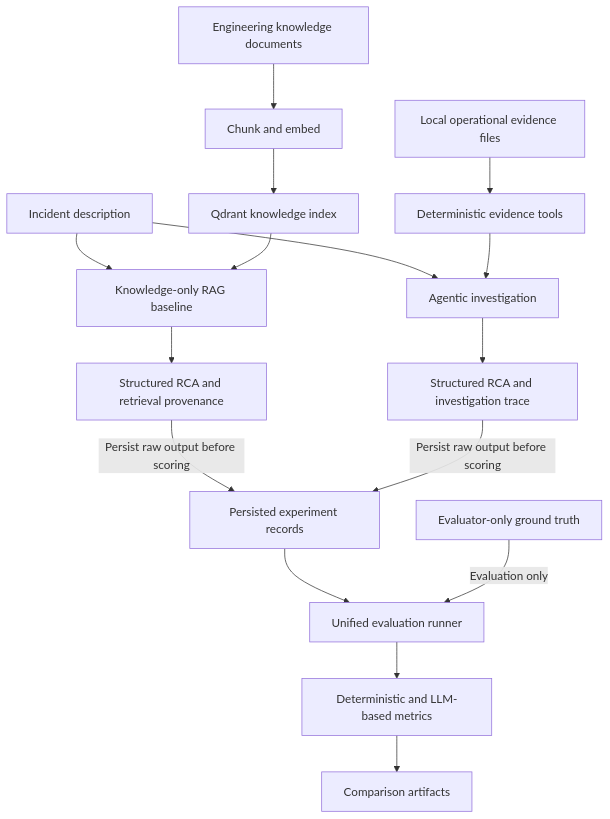
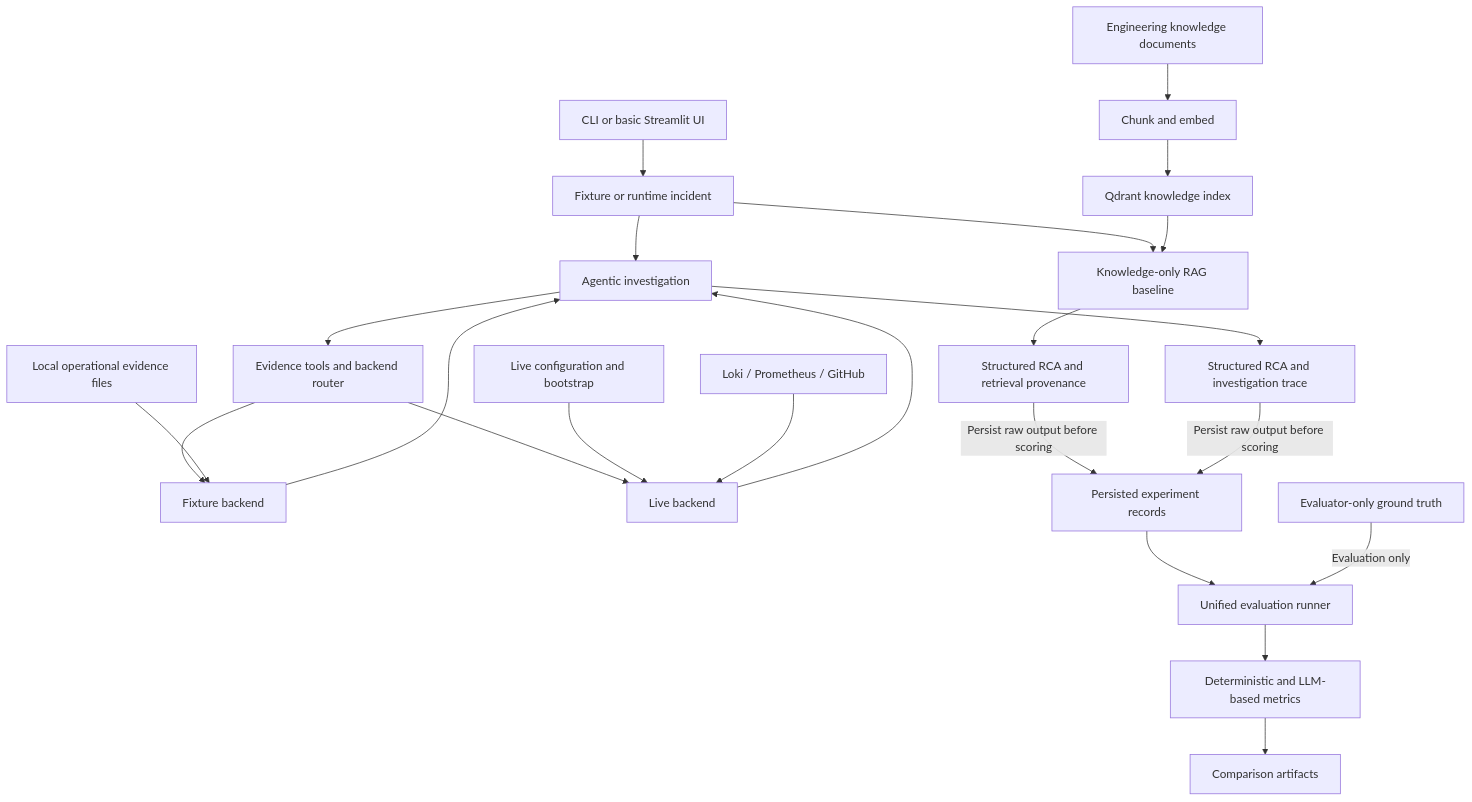
The first of 3 diagrams in docs/ARCHITECTURE.md (gaganjawa/traceroot), drawn with Mermaid before and after one commit. The commit also changed other lines of this file and 4 other files, not shown here.

````diff
--- a/docs/ARCHITECTURE.md
+++ b/docs/ARCHITECTURE.md
@@ -13,18 +13,25 @@
 ```mermaid
 flowchart TB
-    I[Incident description] --> R[Knowledge-only RAG baseline]
+    U[CLI or basic Streamlit UI] --> I[Fixture or runtime incident]
+    I --> R[Knowledge-only RAG baseline]
     I --> A[Agentic investigation]
     K[Engineering knowledge documents] --> C[Chunk and embed]
     C --> Q[Qdrant knowledge index]
     Q --> R
-    E[Local operational evidence files] --> T[Deterministic evidence tools]
-    T --> A
+    A --> T[Evidence tools and backend router]
+    T --> F[Fixture backend]
+    T --> L[Live backend]
+    E[Local operational evidence files] --> F
+    Cfg[Live configuration and bootstrap] --> L
+    Src[Loki / Prometheus / GitHub] --> L
+    F --> A
+    L --> A
     R --> RR[Structured RCA and retrieval provenance]
     A --> AR[Structured RCA and investigation trace]
     RR -->|Persist raw output before scoring| P[Persisted experiment records]
     AR -->|Persist raw output before scoring| P
     P --> V[Unified evaluation runner]
     G[Evaluator-only ground truth] -->|Evaluation only| V
     V --> M[Deterministic and LLM-based metrics]
     M --> X[Comparison artifacts]
 ```
````
